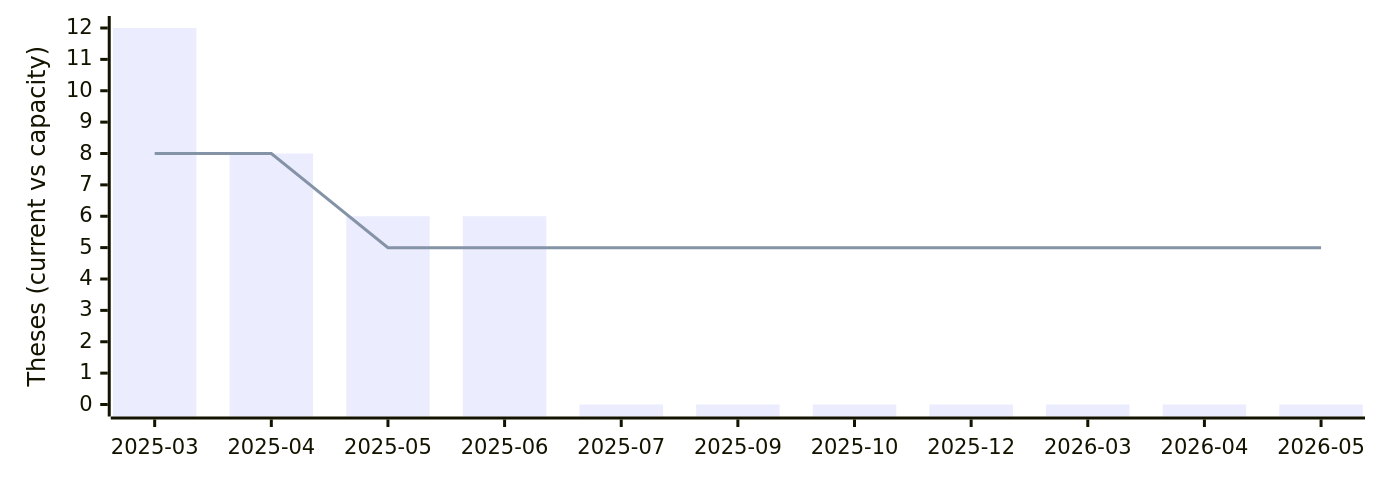
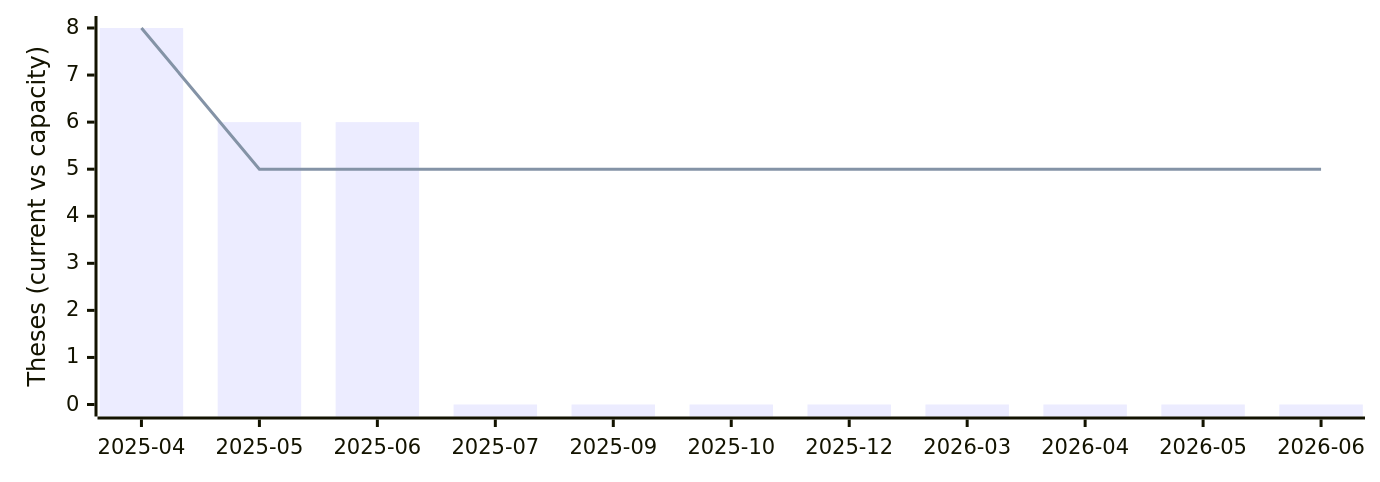
Before and after one commit to fs-ise/theses: the diagram in _includes/availability.md, drawn with Mermaid.

Commit message:
Update availability chart

````diff
--- a/_includes/availability.md
+++ b/_includes/availability.md
@@ -2,13 +2,13 @@
 ```mermaid
 ---
 config:
     xyChart:
         width: 900
         height: 300
 ---
 xychart-beta
-    x-axis [2025-03, 2025-04, 2025-05, 2025-06, 2025-07, 2025-09, 2025-10, 2025-12, 2026-03, 2026-04, 2026-05]
-    y-axis "Theses (current vs capacity)" 0 --> 12
-    bar [12, 8, 6, 6, 0, 0, 0, 0, 0, 0, 0]
-    line [8, 8, 5, 5, 5, 5, 5, 5, 5, 5, 5]
+    x-axis [2025-04, 2025-05, 2025-06, 2025-07, 2025-09, 2025-10, 2025-12, 2026-03, 2026-04, 2026-05, 2026-06]
+    y-axis "Theses (current vs capacity)" 0 --> 8
+    bar [8, 6, 6, 0, 0, 0, 0, 0, 0, 0, 0]
+    line [8, 5, 5, 5, 5, 5, 5, 5, 5, 5, 5]
 ```
````
